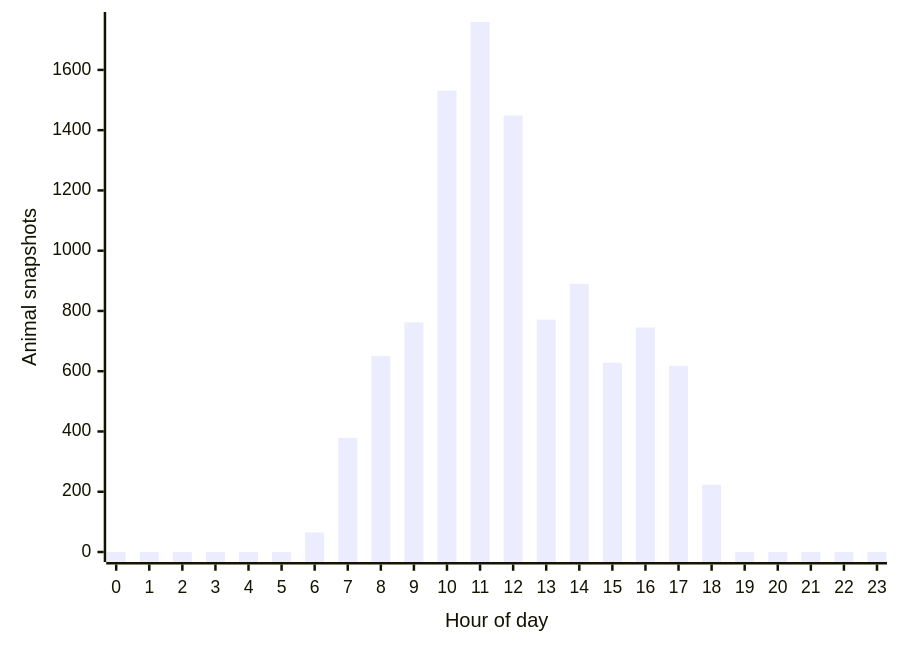
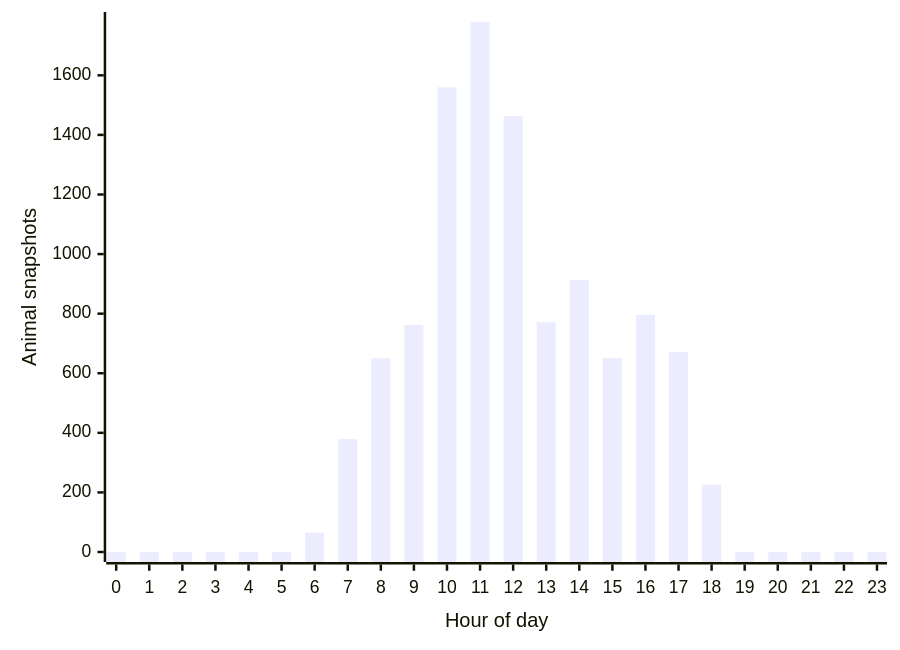
The second of 3 diagrams in README.md (joshuafrommeyer-35/PierTracker), drawn with Mermaid before and after one commit. The commit also changed other lines of this file and 7 other files, not shown here.

````diff
--- a/README.md
+++ b/README.md
@@ -146,6 +147,6 @@
 ```mermaid
 xychart-beta
     x-axis "Hour of day" [0, 1, 2, 3, 4, 5, 6, 7, 8, 9, 10, 11, 12, 13, 14, 15, 16, 17, 18, 19, 20, 21, 22, 23]
     y-axis "Animal snapshots"
-    bar [0, 0, 0, 0, 0, 0, 65, 379, 650, 762, 1531, 1759, 1449, 771, 890, 628, 745, 618, 223, 0, 0, 0, 0, 0]
+    bar [0, 0, 0, 0, 0, 0, 65, 379, 650, 762, 1560, 1779, 1464, 771, 913, 651, 796, 671, 226, 0, 0, 0, 0, 0]
 ```
````
